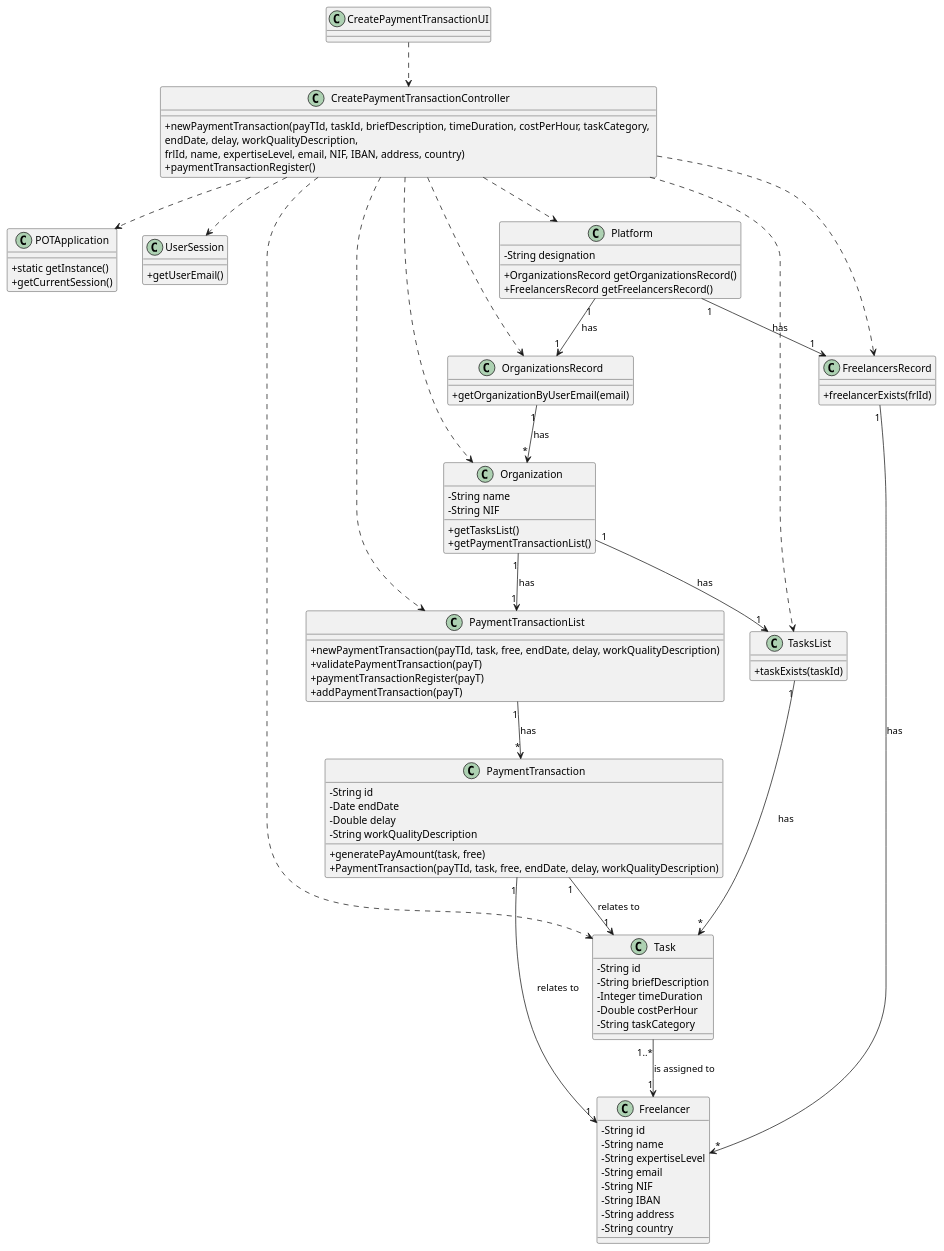
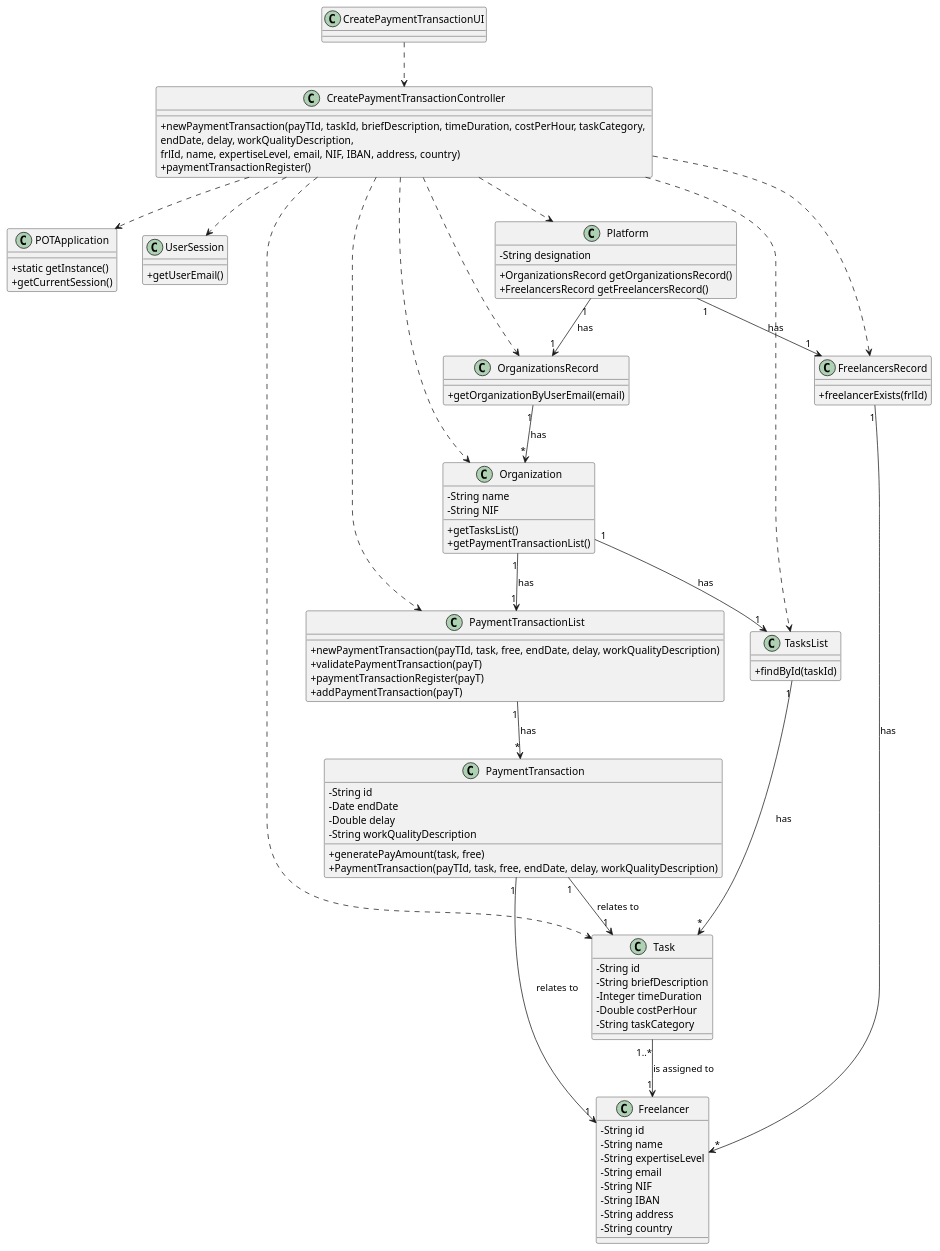
One commit to pedrolemos4/LAPR2 changed the diagram in docs/UC3 - Create Payment Transaction/UC3_CD.puml. Above: the diagram before and after it, drawn with PlantUML. The commit also changed 7 other files, not shown here.

```diff
--- a/docs/UC3 - Create Payment Transaction/UC3_CD.puml
+++ b/docs/UC3 - Create Payment Transaction/UC3_CD.puml
@@ -1,108 +1,108 @@
 @startuml
 skinparam classAttributeIconSize 0
 
 class POTApplication
 {
   +static getInstance()
   +getCurrentSession()
 }
 
 class UserSession
 {
   +getUserEmail()
 }
 
 class Task {
   -String id
   -String briefDescription
   -Integer timeDuration
   -Double costPerHour
   -String taskCategory
 }
 
 class Freelancer {
   -String id
   -String name
   -String expertiseLevel
   -String email
   -String NIF
   -String IBAN
   -String address
   -String country
 }
 
 class Organization {
   -String name
   -String NIF
   +getTasksList()
   +getPaymentTransactionList()
   
 }
 
 class TasksList {
-  +taskExists(taskId)
+  +findById(taskId)
 }
 
 class Platform {
   -String designation
   +OrganizationsRecord getOrganizationsRecord()
   +FreelancersRecord getFreelancersRecord()
 }
 
 class FreelancersRecord {
   +freelancerExists(frlId)
 }
 
 class OrganizationsRecord  {
   +getOrganizationByUserEmail(email)
 }
 
 class CreatePaymentTransactionController {
   +newPaymentTransaction(payTId, taskId, briefDescription, timeDuration, costPerHour, taskCategory, \nendDate, delay, workQualityDescription, \nfrlId, name, expertiseLevel, email, NIF, IBAN, address, country)
   +paymentTransactionRegister()
 }
 
 class CreatePaymentTransactionUI {
 }
 
 class PaymentTransaction{
   -String id
   -Date endDate
   -Double delay
   -String workQualityDescription
   +generatePayAmount(task, free)
   +PaymentTransaction(payTId, task, free, endDate, delay, workQualityDescription)
 }
 
 class PaymentTransactionList{
   +newPaymentTransaction(payTId, task, free, endDate, delay, workQualityDescription)
   +validatePaymentTransaction(payT)
   +paymentTransactionRegister(payT)
   +addPaymentTransaction(payT)
 }
 
 CreatePaymentTransactionUI ..> CreatePaymentTransactionController
 CreatePaymentTransactionController ..> Platform
 CreatePaymentTransactionController ..> Task
 CreatePaymentTransactionController ..> Organization
 CreatePaymentTransactionController ..> POTApplication
 CreatePaymentTransactionController ..> UserSession
 CreatePaymentTransactionController ..> TasksList
 CreatePaymentTransactionController ..> FreelancersRecord
 CreatePaymentTransactionController ..> OrganizationsRecord
 CreatePaymentTransactionController ..> PaymentTransactionList
 Platform "1" --> "1" FreelancersRecord : has
 Platform "1" --> "1" OrganizationsRecord : has
 
 FreelancersRecord "1" --> "*" Freelancer : has
 OrganizationsRecord "1" --> "*" Organization : has
 Organization "1" --> "1" TasksList : has
 Organization "1" --> "1" PaymentTransactionList : has
 PaymentTransactionList "1" --> "*" PaymentTransaction : has
 TasksList "1" --> "*" Task : has
 Task "1..*" --> "1" Freelancer : is assigned to
 
 PaymentTransaction "1" --> "1" Freelancer : relates to
 PaymentTransaction "1" --> "1" Task : relates to
 
 @enduml
```
